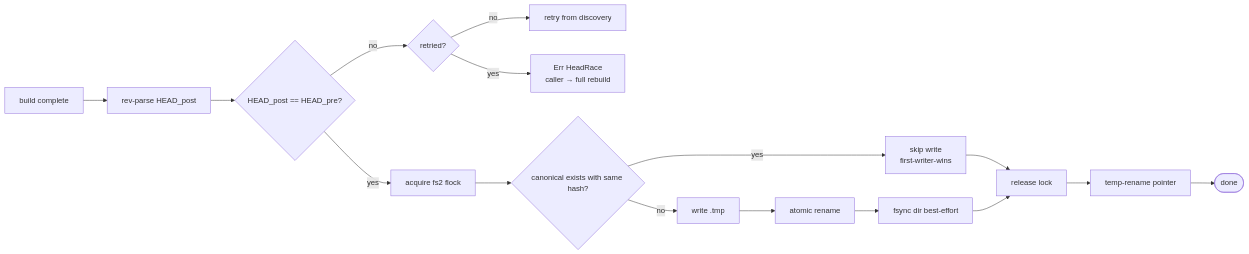
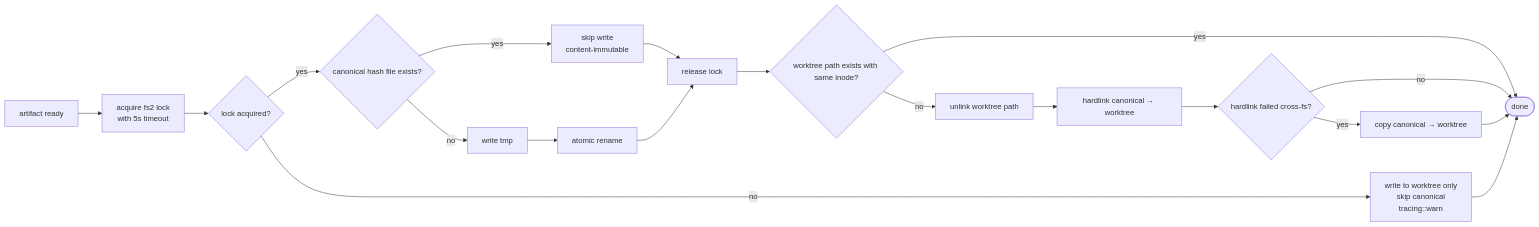
The sixth of 7 diagrams in docs/architecture/spur-graph-git-invalidation.md (getspur/spur), drawn with Mermaid before and after one commit. The commit also changed other lines of this file, not shown here.

````diff
--- a/docs/architecture/spur-graph-git-invalidation.md
+++ b/docs/architecture/spur-graph-git-invalidation.md
@@ -230,18 +225,21 @@
 ```mermaid
 flowchart LR
-    A[build complete] --> B[rev-parse HEAD_post]
-    B --> C{HEAD_post == HEAD_pre?}
-    C -- no --> D{retried?}
-    D -- no --> B0[retry from discovery]
-    D -- yes --> ERR[Err HeadRace<br/>caller → full rebuild]
-    C -- yes --> E[acquire fs2 flock]
-    E --> F{canonical exists with same hash?}
-    F -- yes --> G[skip write<br/>first-writer-wins]
-    F -- no --> H[write .tmp]
-    H --> I[atomic rename]
-    I --> J[fsync dir best-effort]
-    G --> K[release lock]
-    J --> K
-    K --> L[temp-rename pointer]
-    L --> DONE([done])
+    A[artifact ready] --> B[acquire fs2 lock<br/>with 5s timeout]
+    B --> BC{lock acquired?}
+    BC -- no --> FALLBACK[write to worktree only<br/>skip canonical<br/>tracing::warn]
+    BC -- yes --> C{canonical hash file exists?}
+    C -- yes --> SKIP[skip write<br/>content-immutable]
+    C -- no --> D[write tmp]
+    D --> E[atomic rename]
+    SKIP --> H[release lock]
+    E --> H
+    H --> I{worktree path exists with same inode?}
+    I -- yes --> DONE_OK([done])
+    I -- no --> J[unlink worktree path]
+    J --> K[hardlink canonical → worktree]
+    K --> L{hardlink failed cross-fs?}
+    L -- yes --> COPY[copy canonical → worktree]
+    L -- no --> DONE_OK
+    COPY --> DONE_OK
+    FALLBACK --> DONE_OK
 ```
````
